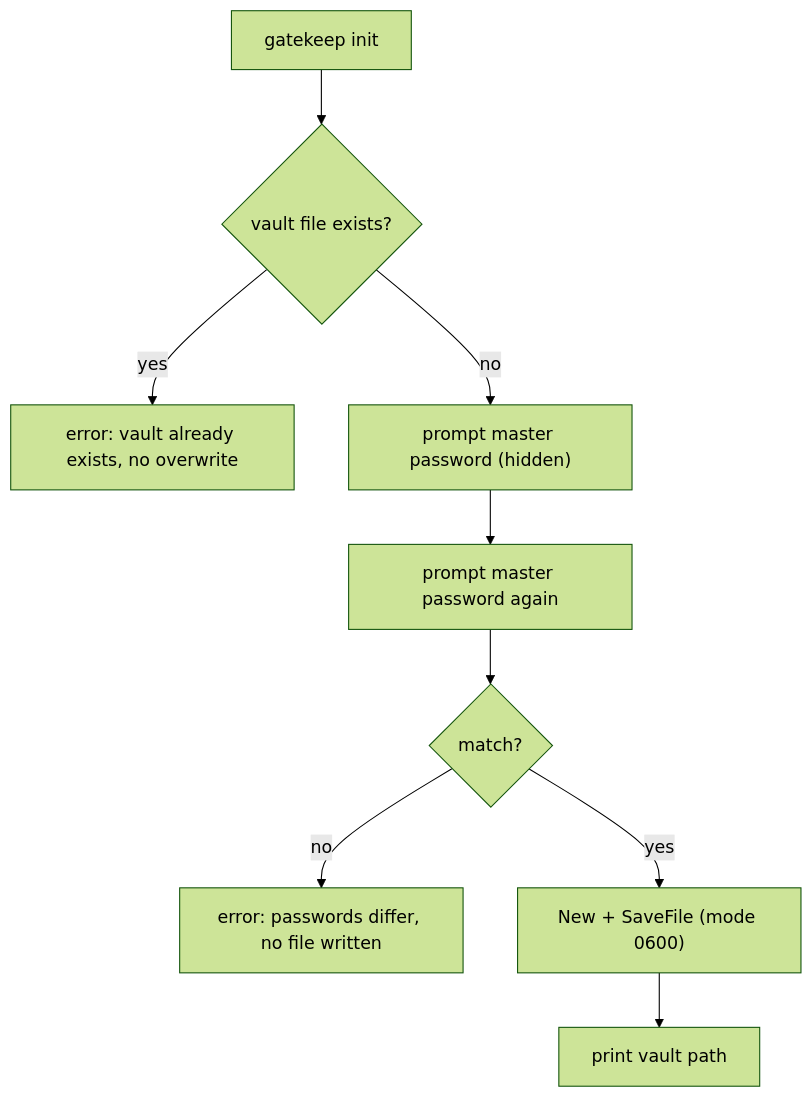
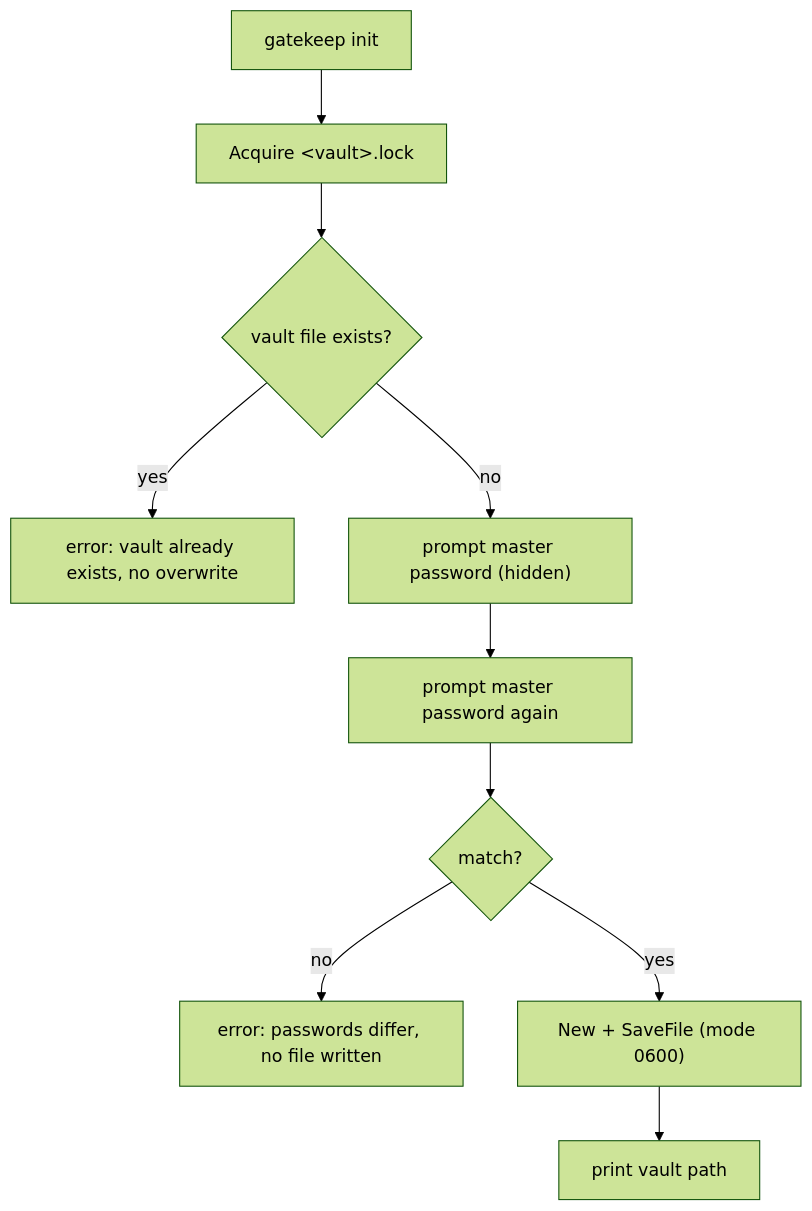
One commit to nxkh4ng/gatekeep changed the second of 9 diagrams in cmd/FLOWS.md. Above: the diagram before and after it, drawn with Mermaid (forest theme). The commit also changed other lines of this file and 9 other files, not shown here.

````diff
--- a/cmd/FLOWS.md
+++ b/cmd/FLOWS.md
@@ -26,11 +27,12 @@
 ```mermaid
 flowchart TD
-    A["gatekeep init"] --> B{"vault file exists?"}
+    A["gatekeep init"] --> L["Acquire &lt;vault&gt;.lock"]
+    L --> B{"vault file exists?"}
     B -->|yes| X["error: vault already exists, no overwrite"]
     B -->|no| C["prompt master password (hidden)"]
     C --> D["prompt master password again"]
     D --> E{"match?"}
     E -->|no| Y["error: passwords differ, no file written"]
     E -->|yes| F["New + SaveFile (mode 0600)"]
     F --> G["print vault path"]
 ```
````
